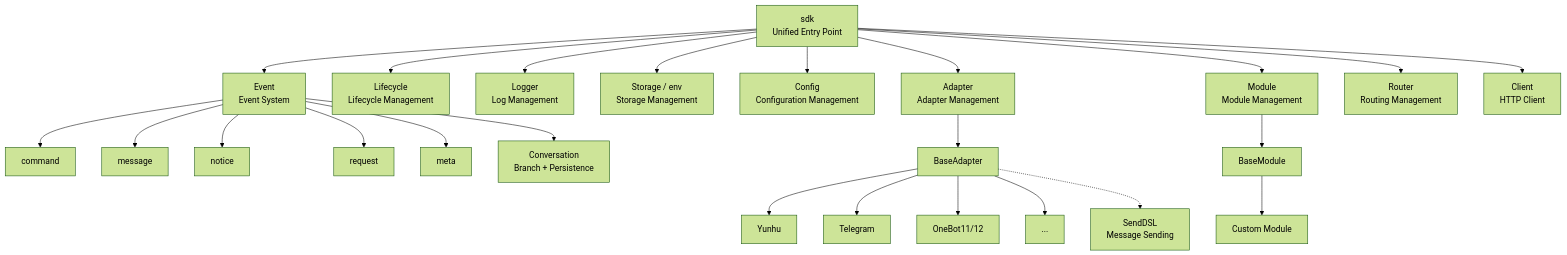
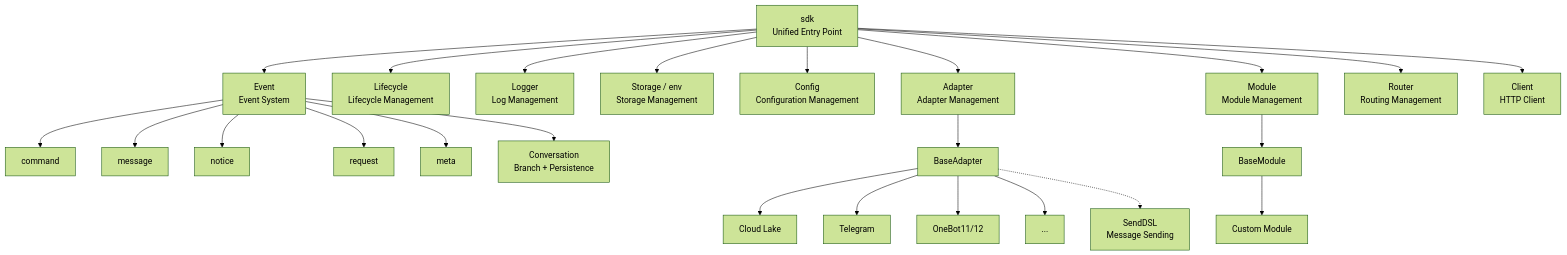
One commit to ErisPulse/ErisPulse changed the first of 9 diagrams in docs/en/architecture.md. Above: the diagram before and after it, drawn with Mermaid (forest theme). The commit also changed other lines of this file and 79 other files, not shown here.

````diff
--- a/docs/en/architecture.md
+++ b/docs/en/architecture.md
@@ -9,31 +9,31 @@
 ```mermaid
 graph TB
     SDK["sdk<br/>Unified Entry Point"]
 
     SDK --> Event["Event<br/>Event System"]
     SDK --> Lifecycle["Lifecycle<br/>Lifecycle Management"]
     SDK --> Logger["Logger<br/>Log Management"]
     SDK --> Storage["Storage / env<br/>Storage Management"]
     SDK --> Config["Config<br/>Configuration Management"]
     SDK --> AdapterMgr["Adapter<br/>Adapter Management"]
     SDK --> ModuleMgr["Module<br/>Module Management"]
     SDK --> Router["Router<br/>Routing Management"]
     SDK --> Client["Client<br/>HTTP Client"]
     Event --> Command["command"]
     Event --> Message["message"]
     Event --> Notice["notice"]
     Event --> Request["request"]
     Event --> Meta["meta"]
     Event --> Conversation["Conversation<br/>Branch + Persistence"]
 
     AdapterMgr --> BaseAdapter["BaseAdapter"]
-    BaseAdapter --> P1["Yunhu"]
+    BaseAdapter --> P1["Cloud Lake"]
     BaseAdapter --> P2["Telegram"]
     BaseAdapter --> P3["OneBot11/12"]
     BaseAdapter --> PN["..."]
 
     ModuleMgr --> BaseModule["BaseModule"]
     BaseModule --> CM["Custom Module"]
 
     BaseAdapter -.-> SendDSL["SendDSL<br/>Message Sending"]
 ```
````
